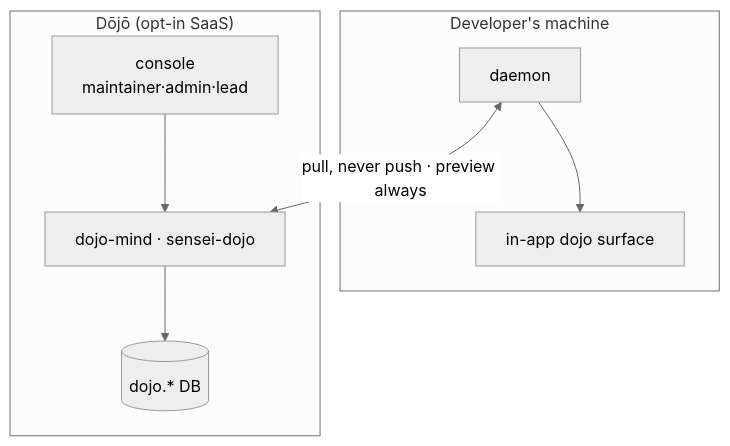
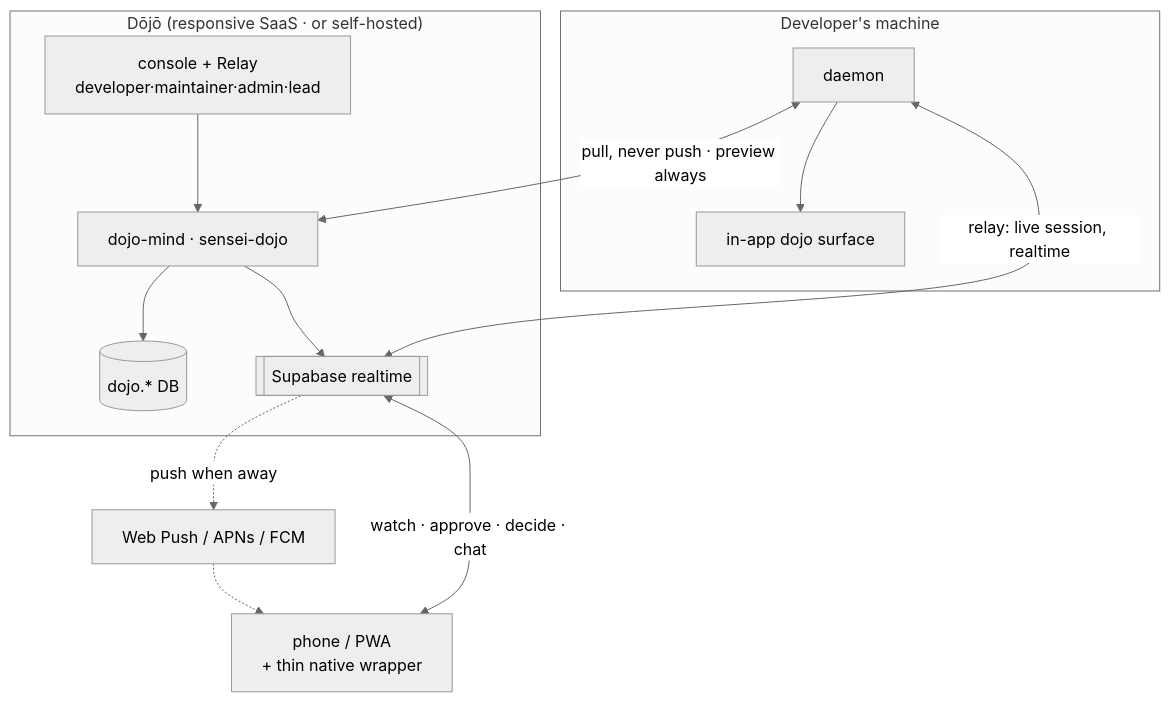
One commit to sensei-hq/sensei changed the first of 2 diagrams in docs/architecture/dojo.md. Above: the diagram before and after it, drawn with Mermaid (neutral theme). The commit also changed other lines of this file and 24 other files, not shown here.

First line of the commit message:
docs(dojo): unify Dōjō+Relay direction — incorporate vision/journeys + screen review

````diff
--- a/docs/architecture/dojo.md
+++ b/docs/architecture/dojo.md
@@ -18,11 +18,16 @@
 ```mermaid
 flowchart TD
     subgraph client[Developer's machine]
         D[daemon] --> INAPP[in-app dojo surface]
     end
-    subgraph saas["Dōjō (opt-in SaaS)"]
-        CONSOLE[console<br/>maintainer·admin·lead] --> SVC[dojo-mind · sensei-dojo]
+    subgraph saas["Dōjō (responsive SaaS · or self-hosted)"]
+        CONSOLE[console + Relay<br/>developer·maintainer·admin·lead] --> SVC[dojo-mind · sensei-dojo]
         SVC --> DDB[(dojo.* DB)]
+        SVC --> RT[[Supabase realtime]]
     end
+    PHONE[phone / PWA<br/>+ thin native wrapper]
     D <-->|pull, never push · preview always| SVC
+    D <-->|relay: live session, realtime| RT
+    PHONE <-->|watch · approve · decide · chat| RT
+    RT -.->|push when away| PUSH[Web Push / APNs / FCM] -.-> PHONE
 ```
````
